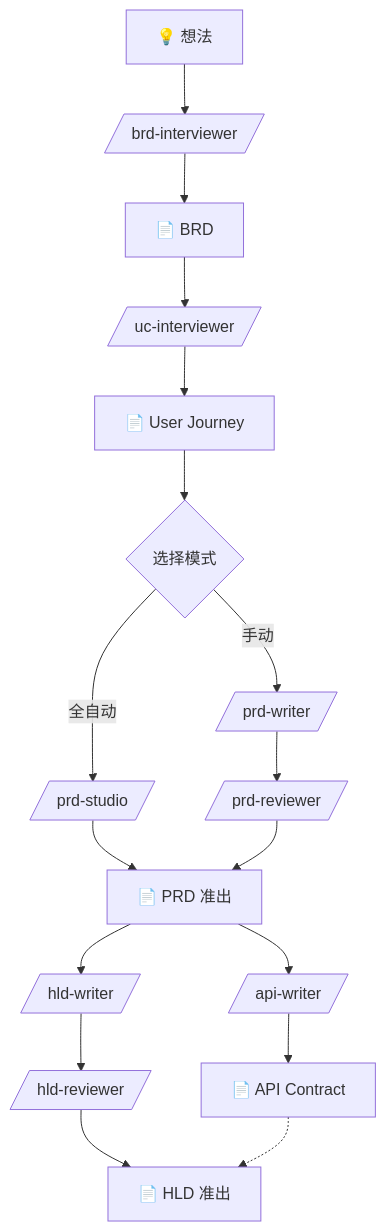
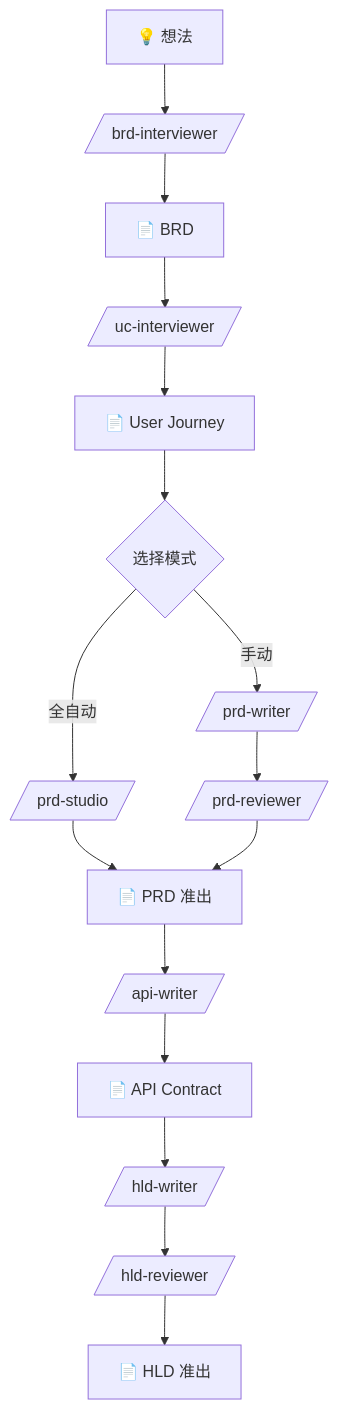
The first of 2 diagrams in plugins/testany-eng/README.md (TestAny-io/testany-agent-skills), drawn with Mermaid before and after one commit. The commit also changed other lines of this file, not shown here.

First line of the commit message:
fix(testany-eng): correct hld-writer dependency on api-writer

````diff
--- a/plugins/testany-eng/README.md
+++ b/plugins/testany-eng/README.md
@@ -18,24 +18,21 @@
 ```mermaid
 flowchart TD
     A[💡 想法] --> B[/brd-interviewer/]
     B --> C[📄 BRD]
     C --> D[/uc-interviewer/]
     D --> E[📄 User Journey]
     E --> F{选择模式}
 
     F -->|手动| G[/prd-writer/]
     F -->|全自动| H[/prd-studio/]
 
     G --> I[/prd-reviewer/]
     H --> J[📄 PRD 准出]
     I --> J
 
     J --> K[/api-writer/]
-    J --> L[/hld-writer/]
-
-    K --> M[📄 API Contract]
-    L --> N[/hld-reviewer/]
+    K --> L[📄 API Contract]
+    L --> M[/hld-writer/]
+    M --> N[/hld-reviewer/]
     N --> O[📄 HLD 准出]
-
-    M -.-> O
 ```
````
